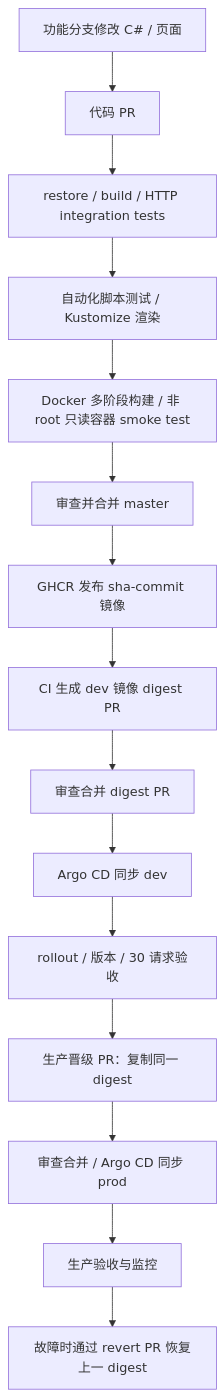
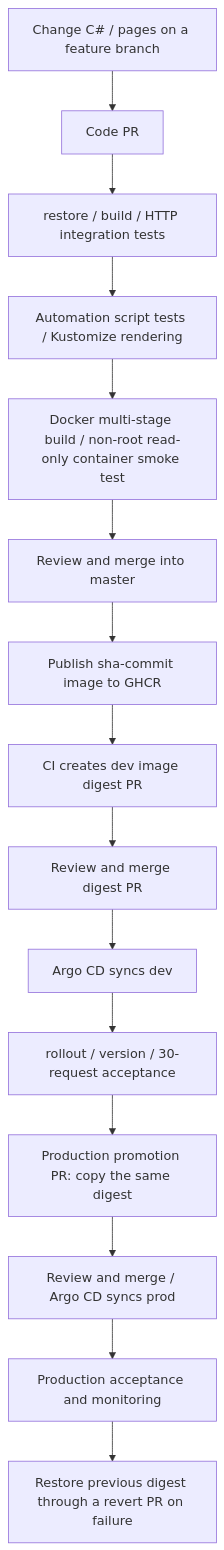
Before and after one commit to rafilo/cicd-playground: the diagram in docs/dotnet-cicd.md, drawn with Mermaid. The commit also changed other lines of this file and 22 other files, not shown here.

````diff
--- a/docs/dotnet-cicd.md
+++ b/docs/dotnet-cicd.md
@@ -7,17 +7,17 @@
 ```mermaid
 flowchart TD
-  A[功能分支修改 C# / 页面] --> B[代码 PR]
+  A[Change C# / pages on a feature branch] --> B[Code PR]
   B --> C[restore / build / HTTP integration tests]
-  C --> D[自动化脚本测试 / Kustomize 渲染]
-  D --> E[Docker 多阶段构建 / 非 root 只读容器 smoke test]
-  E --> F[审查并合并 master]
-  F --> G[GHCR 发布 sha-commit 镜像]
-  G --> H[CI 生成 dev 镜像 digest PR]
-  H --> I[审查合并 digest PR]
-  I --> J[Argo CD 同步 dev]
-  J --> K[rollout / 版本 / 30 请求验收]
-  K --> L[生产晋级 PR：复制同一 digest]
-  L --> M[审查合并 / Argo CD 同步 prod]
-  M --> N[生产验收与监控]
-  N --> O[故障时通过 revert PR 恢复上一 digest]
+  C --> D[Automation script tests / Kustomize rendering]
+  D --> E[Docker multi-stage build / non-root read-only container smoke test]
+  E --> F[Review and merge into master]
+  F --> G[Publish sha-commit image to GHCR]
+  G --> H[CI creates dev image digest PR]
+  H --> I[Review and merge digest PR]
+  I --> J[Argo CD syncs dev]
+  J --> K[rollout / version / 30-request acceptance]
+  K --> L[Production promotion PR: copy the same digest]
+  L --> M[Review and merge / Argo CD syncs prod]
+  M --> N[Production acceptance and monitoring]
+  N --> O[Restore previous digest through a revert PR on failure]
 ```
````
